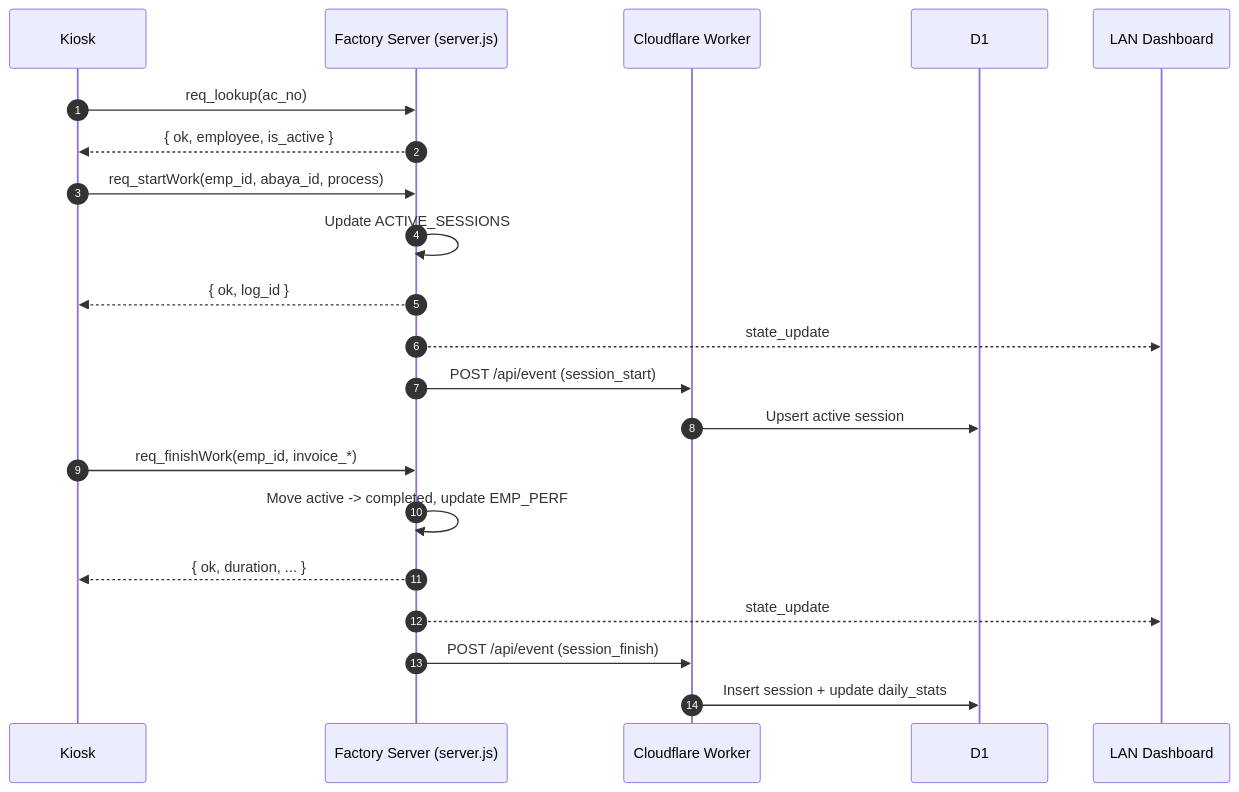
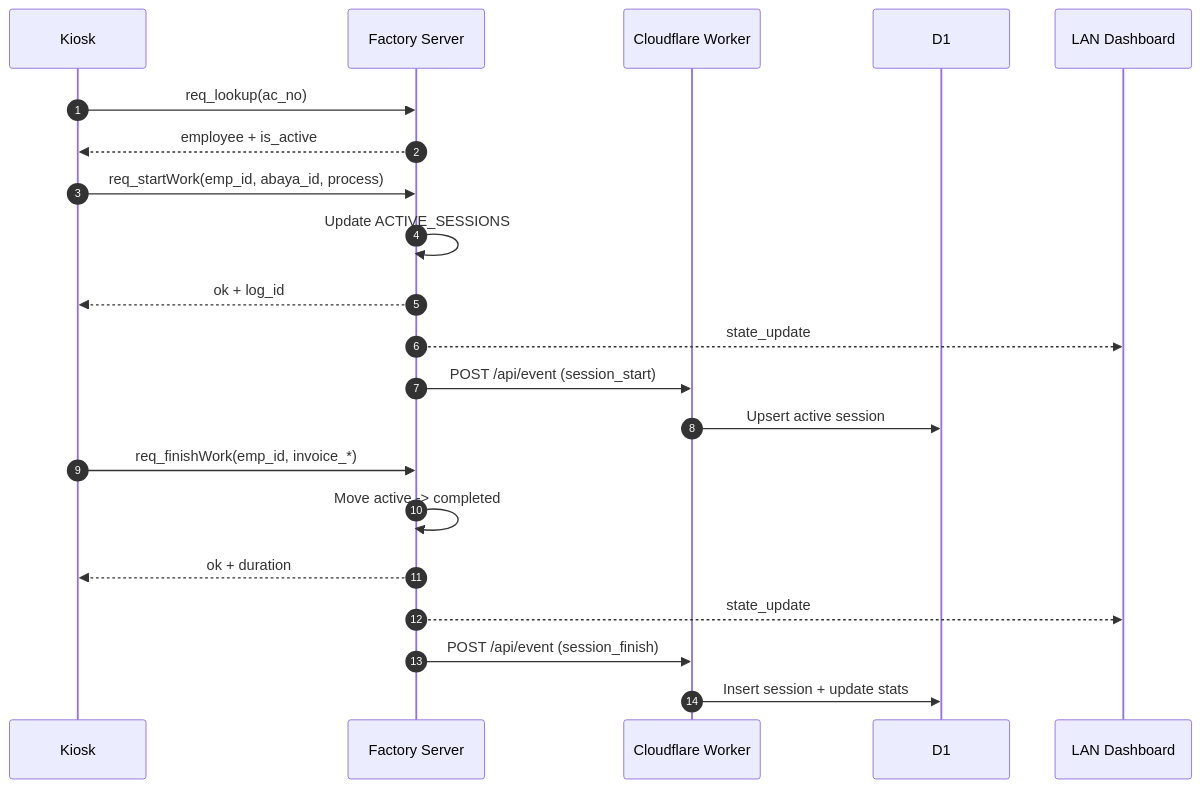
One commit to mdabir1203/famousabaya changed the second of 4 diagrams in docs/SYSTEM_DESIGN.md. Above: the diagram before and after it, drawn with Mermaid. The commit also changed other lines of this file and 77 other files, not shown here.

````diff
--- a/docs/SYSTEM_DESIGN.md
+++ b/docs/SYSTEM_DESIGN.md
@@ -466,26 +132,24 @@
 ```mermaid
 sequenceDiagram
     autonumber
     participant K as Kiosk
-    participant S as Factory Server (server.js)
+    participant S as Factory Server
     participant W as Cloudflare Worker
     participant D as D1
     participant L as LAN Dashboard
 
     K->>S: req_lookup(ac_no)
-    S-->>K: { ok, employee, is_active }
-
+    S-->>K: employee + is_active
     K->>S: req_startWork(emp_id, abaya_id, process)
     S->>S: Update ACTIVE_SESSIONS
-    S-->>K: { ok, log_id }
+    S-->>K: ok + log_id
     S-->>L: state_update
     S->>W: POST /api/event (session_start)
     W->>D: Upsert active session
-
     K->>S: req_finishWork(emp_id, invoice_*)
-    S->>S: Move active -> completed, update EMP_PERF
-    S-->>K: { ok, duration, ... }
+    S->>S: Move active -> completed
+    S-->>K: ok + duration
     S-->>L: state_update
     S->>W: POST /api/event (session_finish)
-    W->>D: Insert session + update daily_stats
+    W->>D: Insert session + update stats
 ```
````
